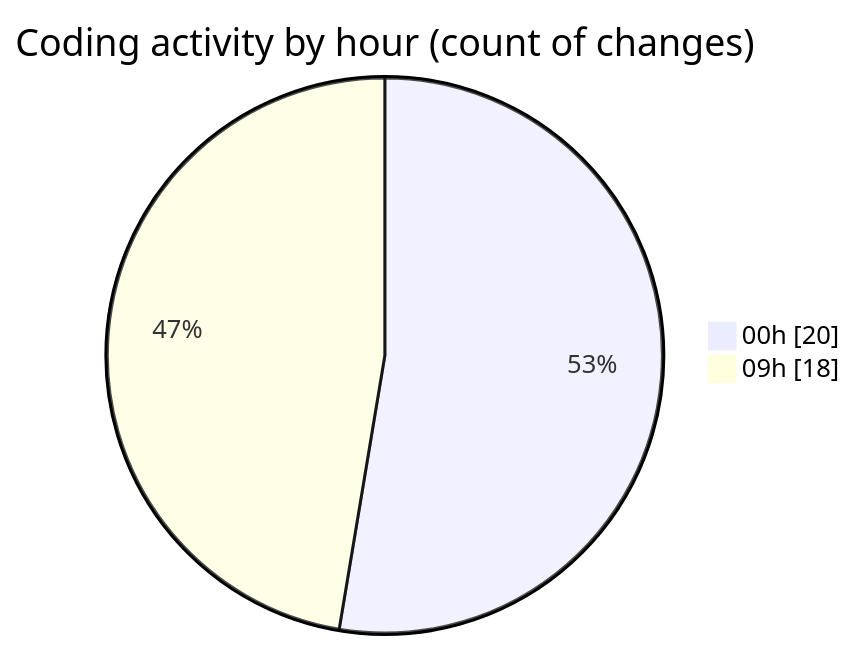
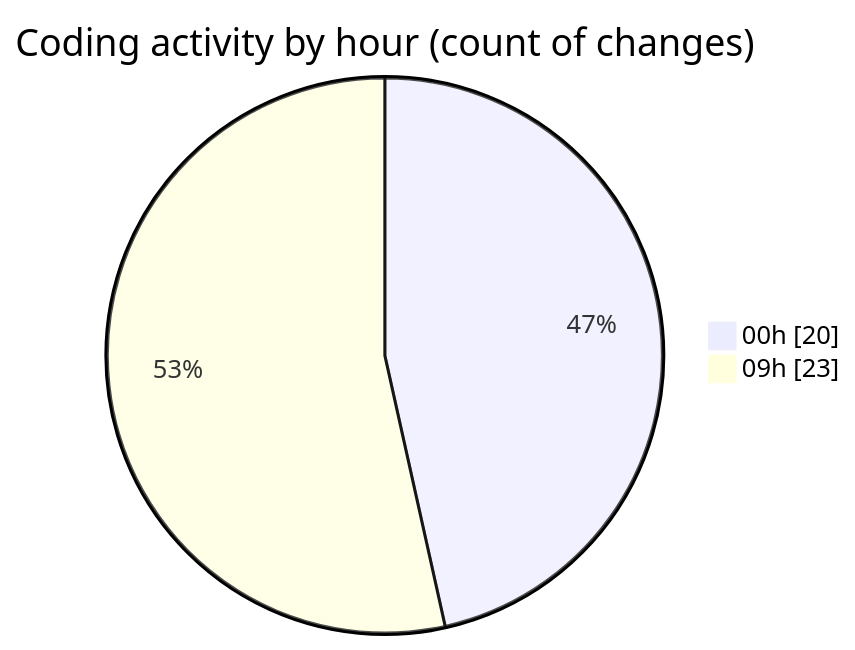
Before and after one commit to momahboobian/code-tracking: the second of 2 diagrams in 2025-03-19/cda/README.md, drawn with Mermaid. The commit also changed other lines of this file and 1 other file, not shown here.

````diff
--- a/2025-03-19/cda/README.md
+++ b/2025-03-19/cda/README.md
@@ -30,6 +30,6 @@
 ```mermaid
 pie showData
 title Coding activity by hour (count of changes)
 "00h" : 20
-"09h" : 18
+"09h" : 23
 ```
````
